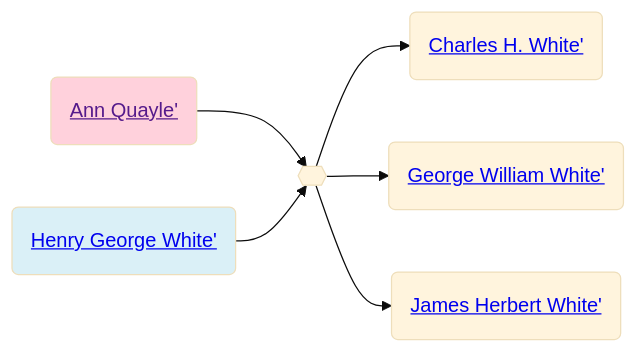
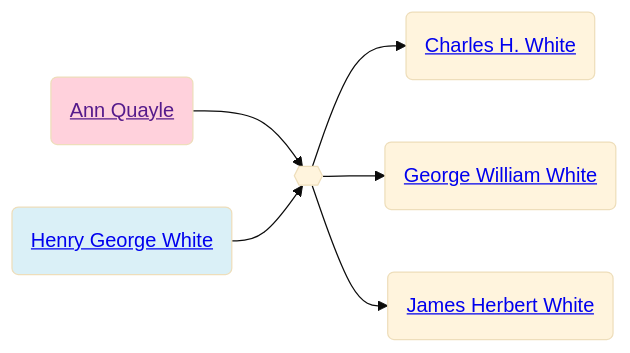
One commit to neelsmith/avocational changed the diagram in familyhistory/sources/people/Merrill-line/White-line/Ann_Quayle.qmd. Above: the diagram before and after it, drawn with Mermaid (base theme). The commit also changed 96 other files, not shown here.

````diff
--- a/familyhistory/sources/people/Merrill-line/White-line/Ann_Quayle.qmd
+++ b/familyhistory/sources/people/Merrill-line/White-line/Ann_Quayle.qmd
@@ -30,20 +30,20 @@
 ```{mermaid}
 graph LR
 %% LR descendant diagram
 class Ann_Quayle_and_Henry_George_White marriage
-Ann_Quayle(<a href=''>Ann Quayle'</>) --> Ann_Quayle_and_Henry_George_White{{ }}
-Henry_George_White(<a href='./Henry_George_White.html'>Henry George White'</>) --> Ann_Quayle_and_Henry_George_White{{ }}
+Ann_Quayle(<a href=''>Ann Quayle</a>) --> Ann_Quayle_and_Henry_George_White{{ }}
+Henry_George_White(<a href='./Henry_George_White.html'>Henry George White</a>) --> Ann_Quayle_and_Henry_George_White{{ }}
 class Henry_George_White father
 class Ann_Quayle mother
-Ann_Quayle_and_Henry_George_White{{ }} --> Charles_H._White(<a href='./Charles_H._White.html'>Charles H. White'</>)
+Ann_Quayle_and_Henry_George_White{{ }} --> Charles_H._White(<a href='./Charles_H._White.html'>Charles H. White</a>)
 class Henry_George_White father
 class Ann_Quayle mother
-Ann_Quayle_and_Henry_George_White{{ }} --> George_William_White(<a href='./George_William_White.html'>George William White'</>)
+Ann_Quayle_and_Henry_George_White{{ }} --> George_William_White(<a href='./George_William_White.html'>George William White</a>)
 class Henry_George_White father
 class Ann_Quayle mother
-Ann_Quayle_and_Henry_George_White{{ }} --> James_Herbert_White(<a href='./James_Herbert_White.html'>James Herbert White'</>)
+Ann_Quayle_and_Henry_George_White{{ }} --> James_Herbert_White(<a href='./James_Herbert_White.html'>James Herbert White</a>)
 classDef mother fill:#ffd1dc
 classDef father fill:#daf0f7  
 classDef marriage fill:#ffffff
 
 ```
````
